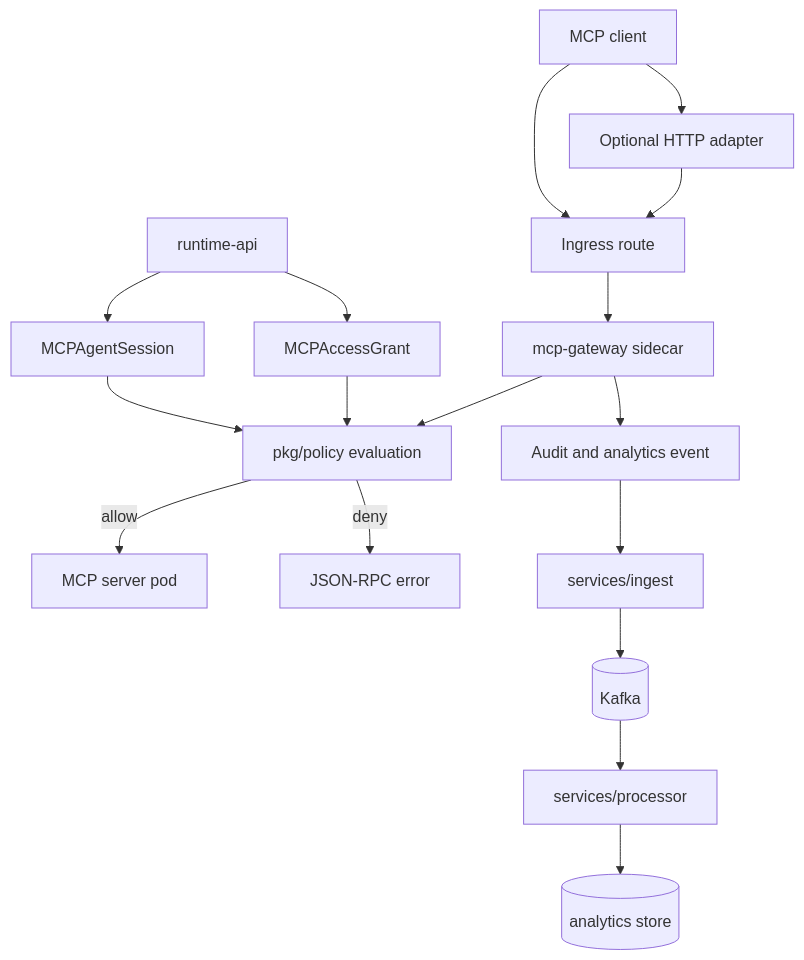
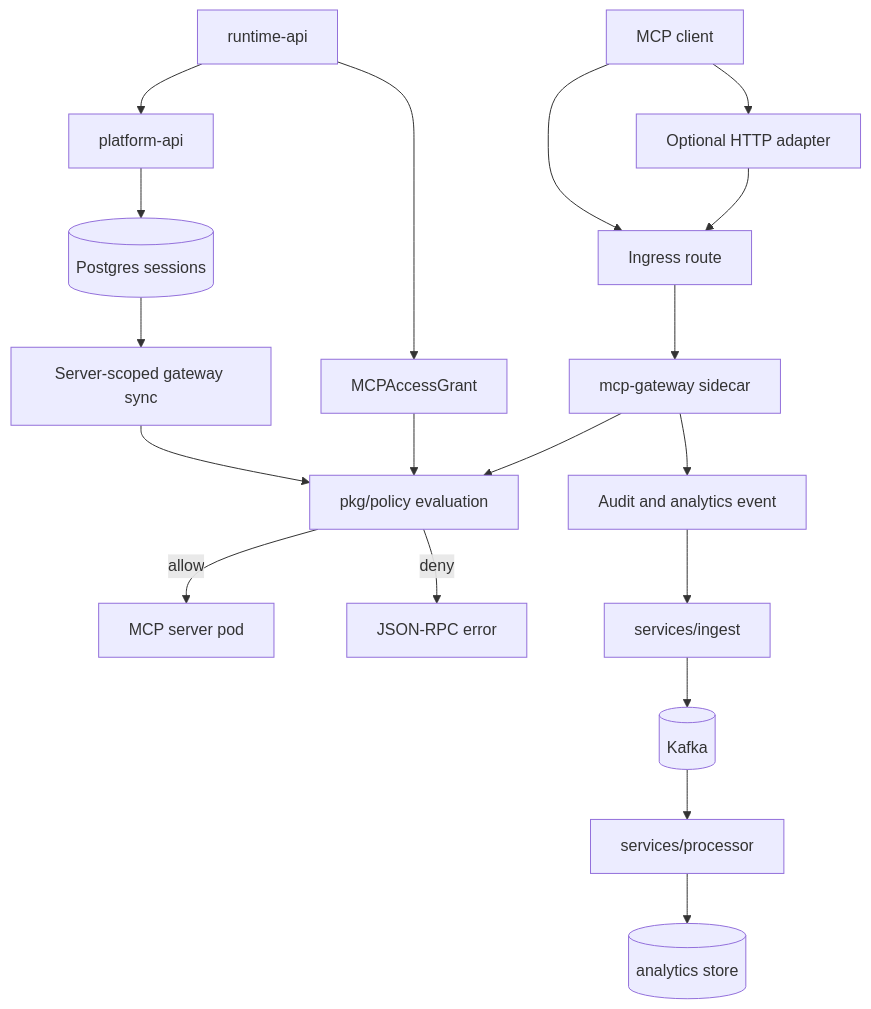
One commit to tavric-labs/mcp-runtime changed the third of 4 diagrams in docs/internals/README.md. Above: the diagram before and after it, drawn with Mermaid. The commit also changed other lines of this file and 85 other files, not shown here.

````diff
--- a/docs/internals/README.md
+++ b/docs/internals/README.md
@@ -125,19 +125,21 @@
 ```mermaid
 flowchart TD
     Client[MCP client] --> Adapter[Optional HTTP adapter]
     Adapter --> Route[Ingress route]
     Client --> Route
     Route --> Gateway[mcp-gateway sidecar]
     Gateway --> Authz[pkg/policy evaluation]
     Authz -->|allow| Server[MCP server pod]
     Authz -->|deny| Deny[JSON-RPC error]
     Gateway --> Events[Audit and analytics event]
     Events --> Ingest[services/ingest]
     Ingest --> Kafka[(Kafka)]
     Kafka --> Processor[services/processor]
     Processor --> Analytics[(analytics store)]
     RuntimeAPI[runtime-api] --> Grants[MCPAccessGrant]
-    RuntimeAPI --> Sessions[MCPAgentSession]
+    RuntimeAPI --> PlatformAPI[platform-api]
+    PlatformAPI --> Sessions[(Postgres sessions)]
     Grants --> Authz
-    Sessions --> Authz
+    Sessions --> Sync[Server-scoped gateway sync]
+    Sync --> Authz
 ```
````
